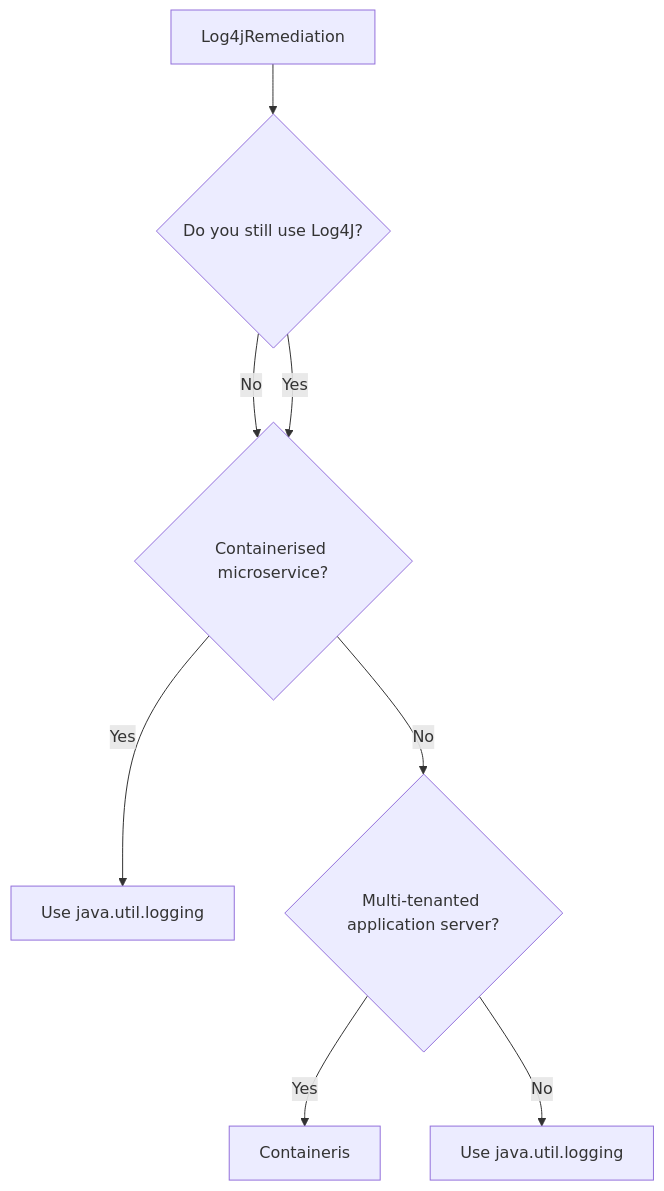
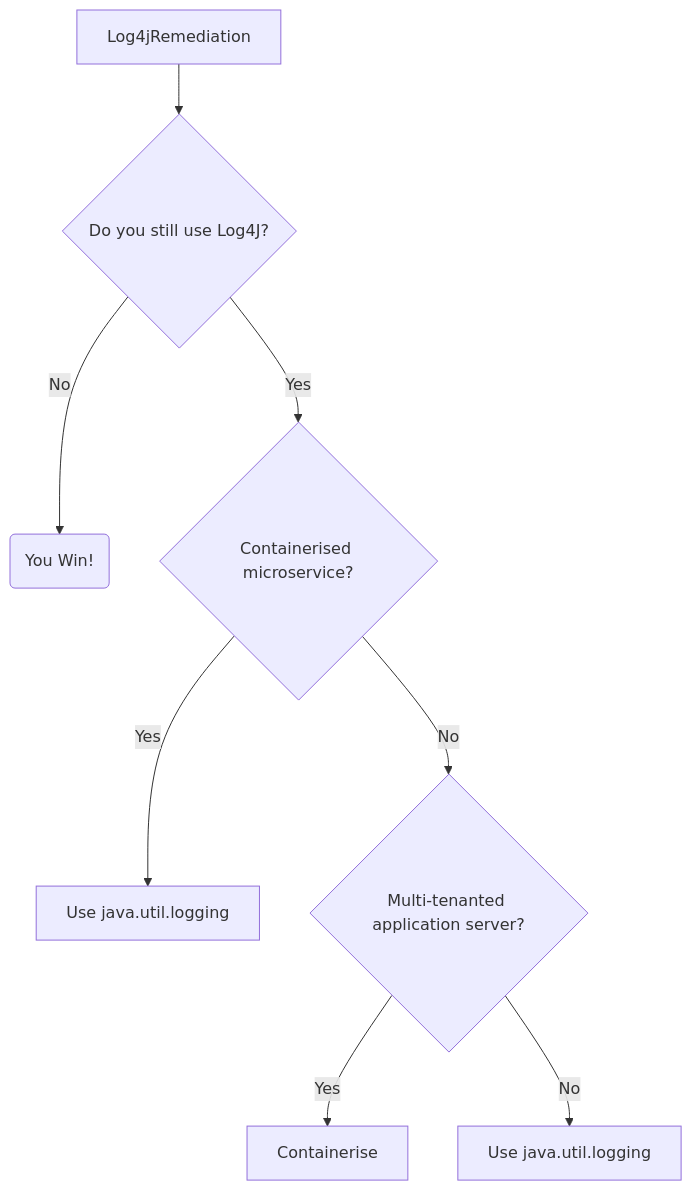
The diagram in log4j.md (timp/timp.github.io), drawn with Mermaid before and after one commit.

````diff
--- a/log4j.md
+++ b/log4j.md
@@ -1,10 +1,10 @@
 ```mermaid
 flowchart TD
     A[Log4jRemediation] -->   B{Do you still use Log4J?}
     B --> |No| C(You Win!)
-    B --> |Yes| C{Containerised microservice?}
-    C --> |Yes| D[Use java.util.logging]
-    C --> |No| E{Multi-tenanted application server?} 
-    E --> |Yes| F[Containeris]
-    E --> |No| G[Use java.util.logging]
+    B --> |Yes| D{Containerised microservice?}
+    D --> |Yes| E[Use java.util.logging]
+    D --> |No| F{Multi-tenanted application server?} 
+    F --> |Yes| G[Containerise]
+    F --> |No| H[Use java.util.logging]
 ```
````
